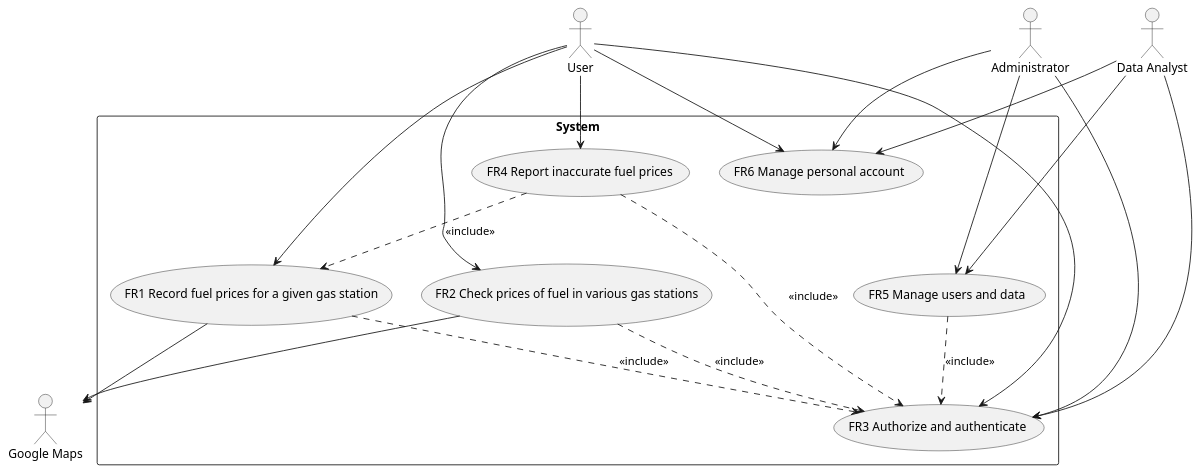
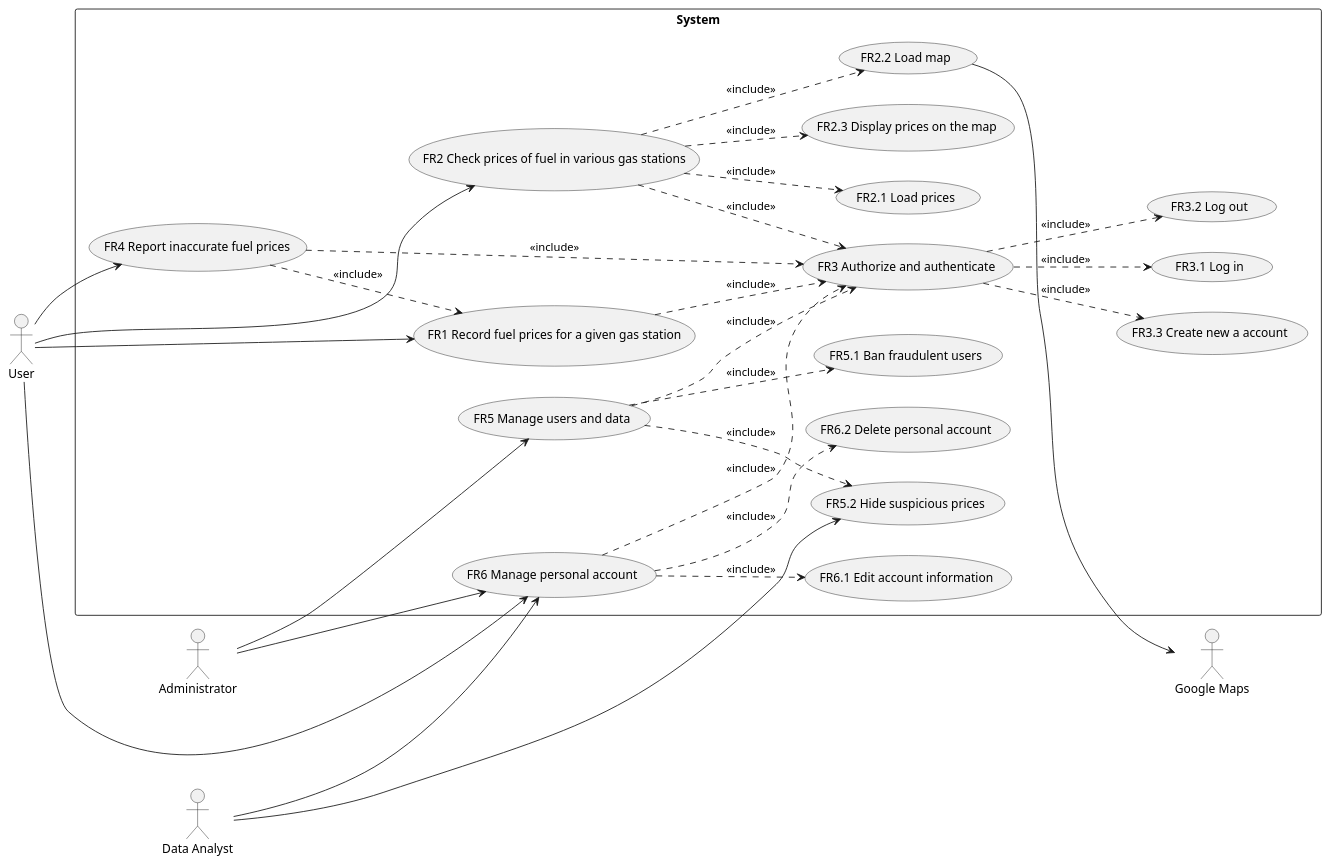
One commit to mosTavassoli/ezgas changed the second of 3 diagrams in docs/RequirementsDocument.md. Above: the diagram before and after it, drawn with PlantUML.

Commit message:
docs(requirements): edit use case diagram

````diff
--- a/docs/RequirementsDocument.md
+++ b/docs/RequirementsDocument.md
@@ -126,27 +126,36 @@
-```plantuml	
+```plantuml
+left to right direction
 actor User as u
 actor Administrator as admin
 actor "Google Maps" as gm
 actor "Data Analyst" as da
 rectangle System{
 u --> (FR1 Record fuel prices for a given gas station)
-(FR1 Record fuel prices for a given gas station) --> gm
-(FR2 Check prices of fuel in various gas stations) --> gm
-
 u --> (FR2 Check prices of fuel in various gas stations)
 u --> (FR4 Report inaccurate fuel prices)
-u --> (FR3 Authorize and authenticate)
 u --> (FR6 Manage personal account)
+admin --> (FR5 Manage users and data)
 admin --> (FR6 Manage personal account)
+da --> (FR5.2 Hide suspicious prices)
 da --> (FR6 Manage personal account)
-da --> (FR3 Authorize and authenticate)
-admin --> (FR3 Authorize and authenticate)
-da --> (FR5 Manage users and data)
-admin --> (FR5 Manage users and data)
+(FR2.2 Load map) --> gm
+
+(FR1 Record fuel prices for a given gas station) ..> (FR3 Authorize and authenticate):<<include>>
+(FR2 Check prices of fuel in various gas stations) ..> (FR2.1 Load prices):<<include>>
+(FR2 Check prices of fuel in various gas stations) ..> (FR2.2 Load map):<<include>>
+(FR2 Check prices of fuel in various gas stations) ..> (FR2.3 Display prices on the map):<<include>>
 (FR2 Check prices of fuel in various gas stations) ..> (FR3 Authorize and authenticate):<<include>>
-(FR1 Record fuel prices for a given gas station) ..> (FR3 Authorize and authenticate):<<include>>
+
+(FR3 Authorize and authenticate) ..> (FR3.1 Log in):<<include>>
+(FR3 Authorize and authenticate) ..> (FR3.2 Log out):<<include>>
+(FR3 Authorize and authenticate) ..> (FR3.3 Create new a account):<<include>>
+(FR4 Report inaccurate fuel prices) ..> (FR1 Record fuel prices for a given gas station):<<include>>
 (FR4 Report inaccurate fuel prices) ..> (FR3 Authorize and authenticate):<<include>>
-(FR4 Report inaccurate fuel prices) ..> (FR1 Record fuel prices for a given gas station):<<include>>
 (FR5 Manage users and data) ..> (FR3 Authorize and authenticate):<<include>>
+(FR5 Manage users and data) ..>(FR5.1 Ban fraudulent users):<<include>>
+(FR5 Manage users and data) ..>(FR5.2 Hide suspicious prices):<<include>>
+(FR6 Manage personal account) ..> (FR3 Authorize and authenticate):<<include>>
+(FR6 Manage personal account) ..> (FR6.1 Edit account information):<<include>>
+(FR6 Manage personal account) ..> (FR6.2 Delete personal account):<<include>>
 
 ```
````
